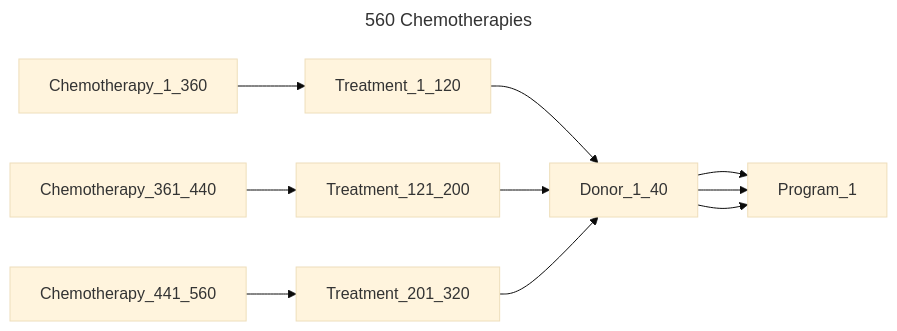
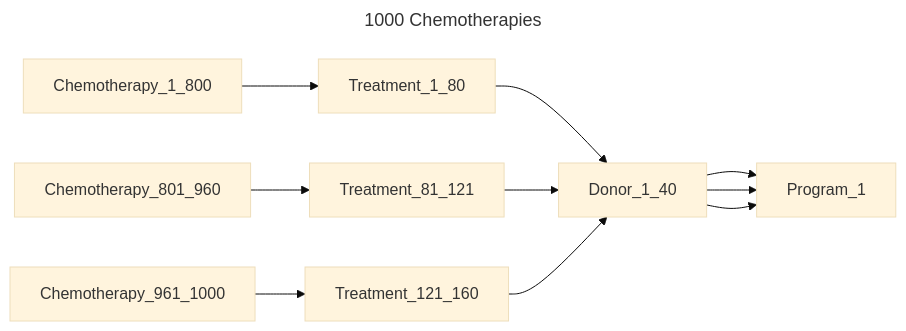
One commit to bento-platform/katsu changed the sixth of 14 diagrams in chord_metadata_service/mohpackets/data/medium_dataset/README.md. Above: the diagram before and after it, drawn with Mermaid (base theme). The commit also changed other lines of this file, not shown here.

````diff
--- a/chord_metadata_service/mohpackets/data/medium_dataset/README.md
+++ b/chord_metadata_service/mohpackets/data/medium_dataset/README.md
@@ -71,9 +71,9 @@
 ```mermaid
 ---
-title: 560 Chemotherapies
+title: 1000 Chemotherapies
 ---
-graph LR;  
-  Chemotherapy_1_360 --> Treatment_1_120 --> Donor_1_40 --> Program_1;  
-  Chemotherapy_361_440 --> Treatment_121_200 --> Donor_1_40 --> Program_1;  
-  Chemotherapy_441_560 --> Treatment_201_320 --> Donor_1_40 --> Program_1;
+graph LR; 
+  Chemotherapy_1_800 --> Treatment_1_80 --> Donor_1_40 --> Program_1;  
+  Chemotherapy_801_960 --> Treatment_81_121 --> Donor_1_40 --> Program_1;  
+  Chemotherapy_961_1000 --> Treatment_121_160 --> Donor_1_40 --> Program_1;
 ```
````
